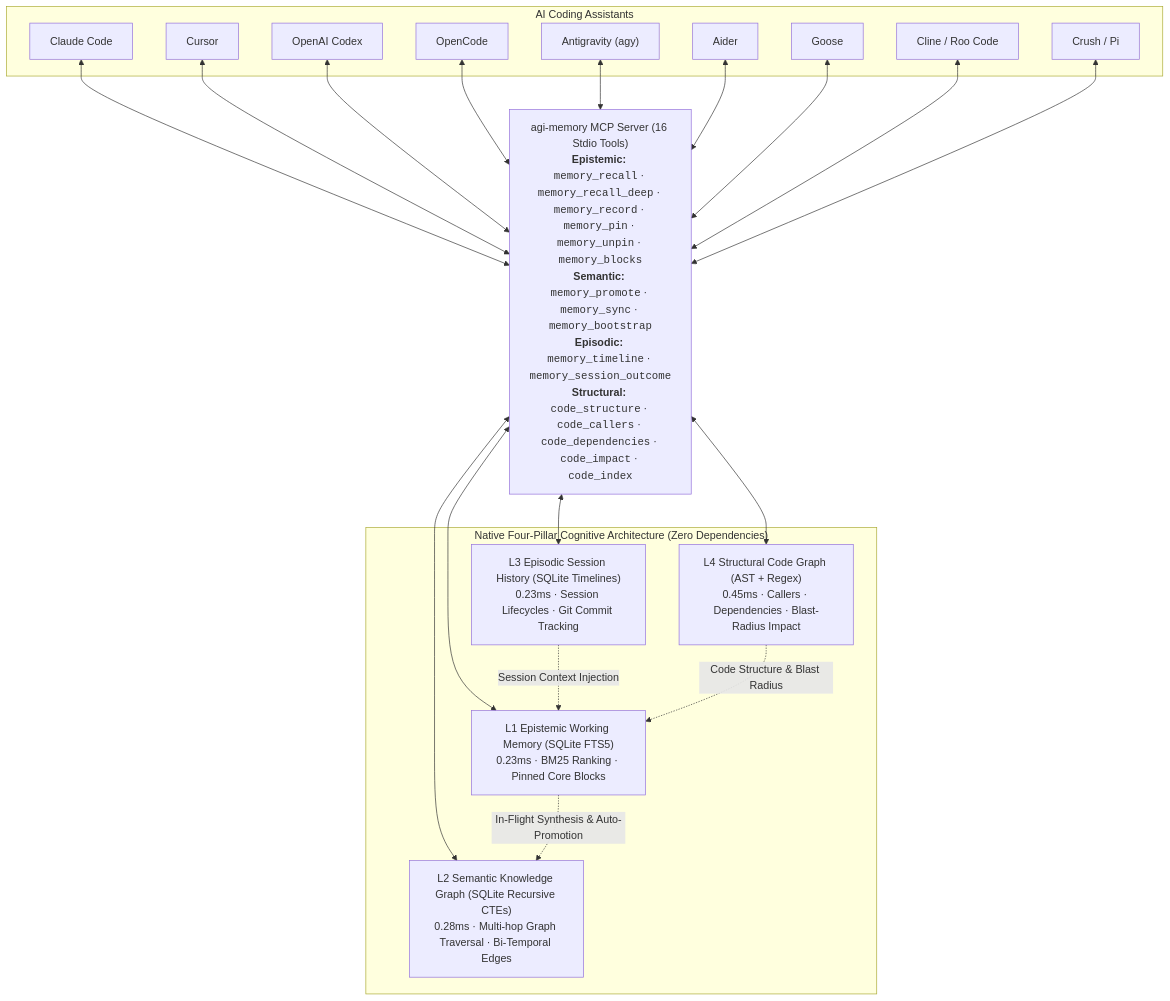
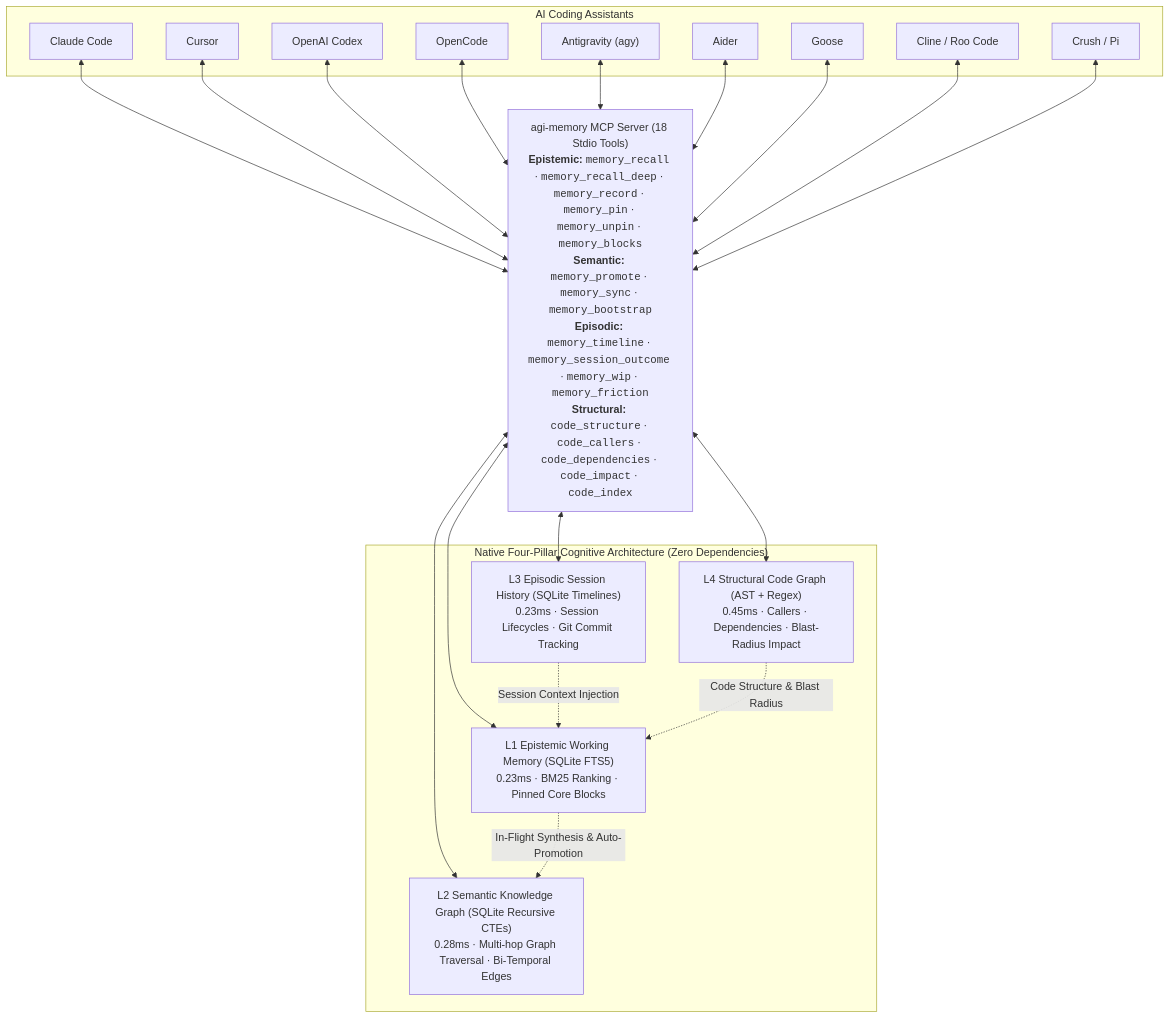
Before and after one commit to blem5000/agi-memory: the diagram in docs/architecture.md, drawn with Mermaid. The commit also changed 24 other files, not shown here.

````diff
--- a/docs/architecture.md
+++ b/docs/architecture.md
@@ -3,32 +3,32 @@
 ```mermaid
 graph TD
     subgraph Assistants ["AI Coding Assistants"]
         CC["Claude Code"]
         CU["Cursor"]
         CX["OpenAI Codex"]
         OC["OpenCode"]
         AG["Antigravity (agy)"]
         AD["Aider"]
         GS["Goose"]
         CL["Cline / Roo Code"]
         CR["Crush / Pi"]
     end
 
-    MCP["agi-memory MCP Server (16 Stdio Tools)<br/><b>Epistemic:</b> <code>memory_recall</code> · <code>memory_recall_deep</code> · <code>memory_record</code> · <code>memory_pin</code> · <code>memory_unpin</code> · <code>memory_blocks</code><br/><b>Semantic:</b> <code>memory_promote</code> · <code>memory_sync</code> · <code>memory_bootstrap</code><br/><b>Episodic:</b> <code>memory_timeline</code> · <code>memory_session_outcome</code><br/><b>Structural:</b> <code>code_structure</code> · <code>code_callers</code> · <code>code_dependencies</code> · <code>code_impact</code> · <code>code_index</code>"]
+    MCP["agi-memory MCP Server (18 Stdio Tools)<br/><b>Epistemic:</b> <code>memory_recall</code> · <code>memory_recall_deep</code> · <code>memory_record</code> · <code>memory_pin</code> · <code>memory_unpin</code> · <code>memory_blocks</code><br/><b>Semantic:</b> <code>memory_promote</code> · <code>memory_sync</code> · <code>memory_bootstrap</code><br/><b>Episodic:</b> <code>memory_timeline</code> · <code>memory_session_outcome</code> · <code>memory_wip</code> · <code>memory_friction</code><br/><b>Structural:</b> <code>code_structure</code> · <code>code_callers</code> · <code>code_dependencies</code> · <code>code_impact</code> · <code>code_index</code>"]
 
     subgraph Storage ["Native Four-Pillar Cognitive Architecture (Zero Dependencies)"]
         L1["L1 Epistemic Working Memory (SQLite FTS5)<br/>0.23ms · BM25 Ranking · Pinned Core Blocks"]
         L2["L2 Semantic Knowledge Graph (SQLite Recursive CTEs)<br/>0.28ms · Multi-hop Graph Traversal · Bi-Temporal Edges"]
         L3["L3 Episodic Session History (SQLite Timelines)<br/>0.23ms · Session Lifecycles · Git Commit Tracking"]
         L4["L4 Structural Code Graph (AST + Regex)<br/>0.45ms · Callers · Dependencies · Blast-Radius Impact"]
     end
 
     CC & CU & CX & OC & AG & AD & GS & CL & CR <--> MCP
     MCP <--> L1
     MCP <--> L2
     MCP <--> L3
     MCP <--> L4
     L1 -. "In-Flight Synthesis & Auto-Promotion" .-> L2
     L3 -. "Session Context Injection" .-> L1
     L4 -. "Code Structure & Blast Radius" .-> L1
 ```
````
